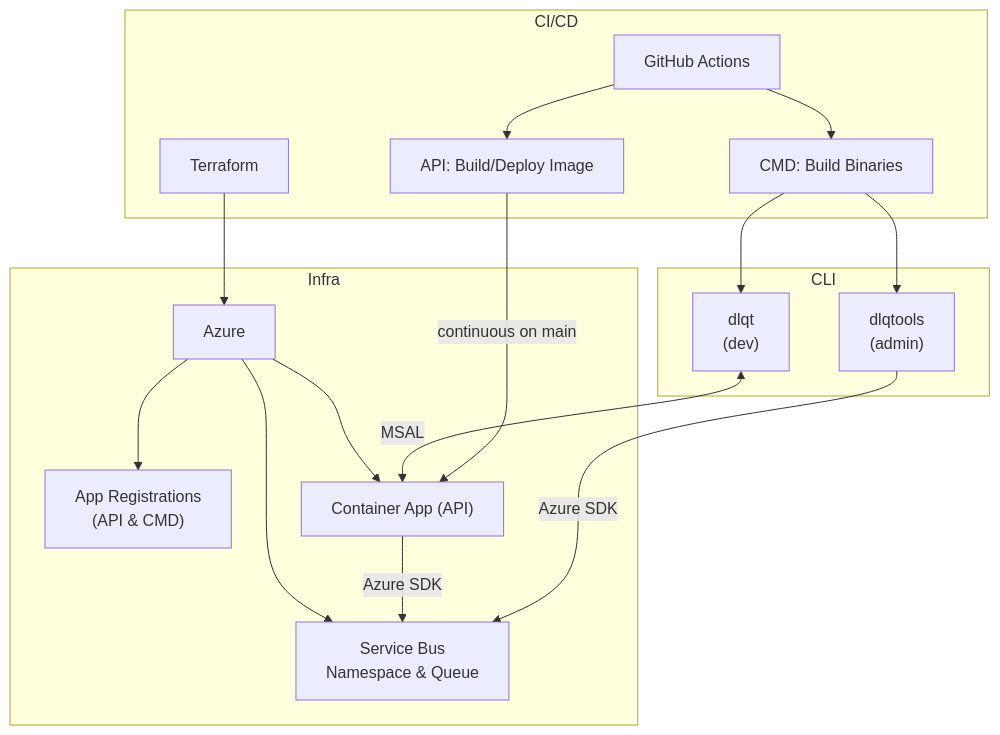
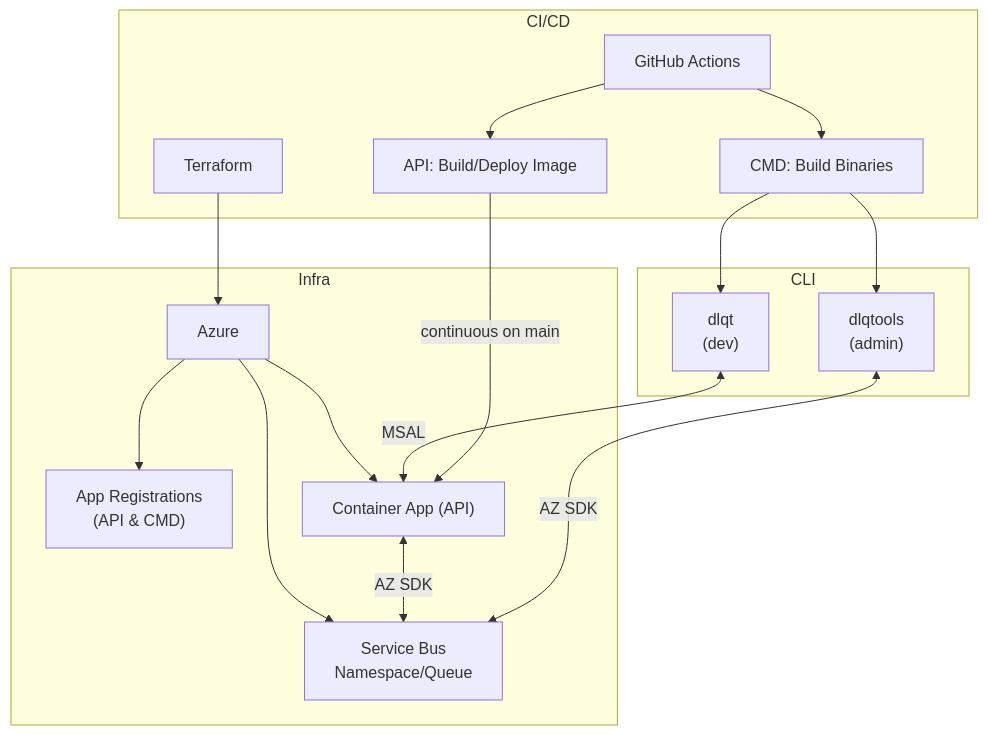
One commit to emerconn/dlqt changed the diagram in README.md. Above: the diagram before and after it, drawn with Mermaid.

````diff
--- a/README.md
+++ b/README.md
@@ -34,32 +34,32 @@
 ```mermaid
 graph TD
     subgraph "CI/CD"
         A["Terraform"]
 
         C["GitHub Actions"]
         C --> D["CMD: Build Binaries"]
         C --> F["API: Build/Deploy Image"]
     end
 
     subgraph "Infra"
         B["Azure"]
         B --> B1["App Registrations
                   (API & CMD)"]
         B --> B2["Container App (API)"]
         B --> B3["Service Bus
-                  Namespace & Queue"]
-        B2 -->|Azure SDK| B3
+                  Namespace/Queue"]
+        B2 <-->|AZ SDK| B3
     end
 
     subgraph "CLI"
         H["dlqt
           (dev)"] <-->|MSAL| B2
         K["dlqtools
-          (admin)"] -->|Azure SDK| B3
+          (admin)"] <-->|AZ SDK| B3
     end
 
     A --> B
     F -->|continuous on main| B2
     D --> H
     D --> K
 ```
````
